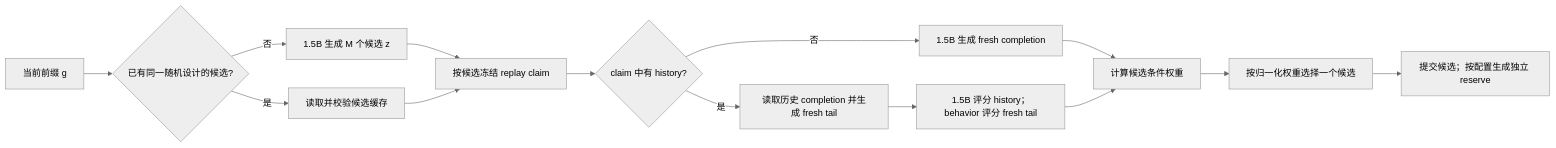
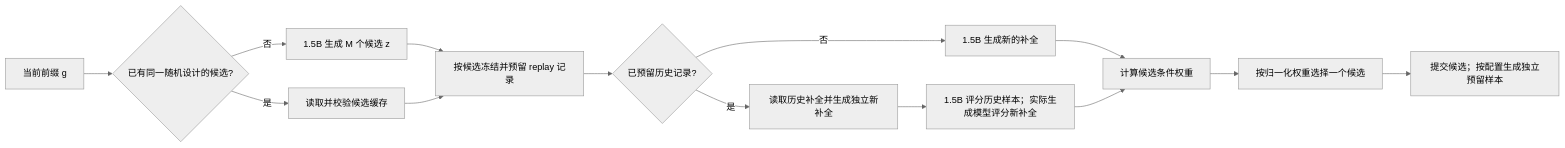
Before and after one commit to xchang1121/inference_scaling: the second of 2 diagrams in docs/methods/ALGORITHMS.md, drawn with Mermaid (neutral theme). The commit also changed other lines of this file and 11 other files, not shown here.

````diff
--- a/docs/methods/ALGORITHMS.md
+++ b/docs/methods/ALGORITHMS.md
@@ -177,16 +185,16 @@
 ```mermaid
 flowchart LR
     A[当前前缀 g] --> B{已有同一随机设计的候选?}
     B -- 否 --> C[1.5B 生成 M 个候选 z]
     B -- 是 --> D[读取并校验候选缓存]
-    C --> E[按候选冻结 replay claim]
+    C --> E[按候选冻结并预留 replay 记录]
     D --> E
-    E --> F{claim 中有 history?}
-    F -- 否 --> G[1.5B 生成 fresh completion]
-    F -- 是 --> H[读取历史 completion 并生成 fresh tail]
-    H --> I[1.5B 评分 history；behavior 评分 fresh tail]
+    E --> F{已预留历史记录?}
+    F -- 否 --> G[1.5B 生成新的补全]
+    F -- 是 --> H[读取历史补全并生成独立新补全]
+    H --> I[1.5B 评分历史样本；实际生成模型评分新补全]
     G --> J[计算候选条件权重]
     I --> J
     J --> K[按归一化权重选择一个候选]
-    K --> L[提交候选；按配置生成独立 reserve]
+    K --> L[提交候选；按配置生成独立预留样本]
 ```
````
